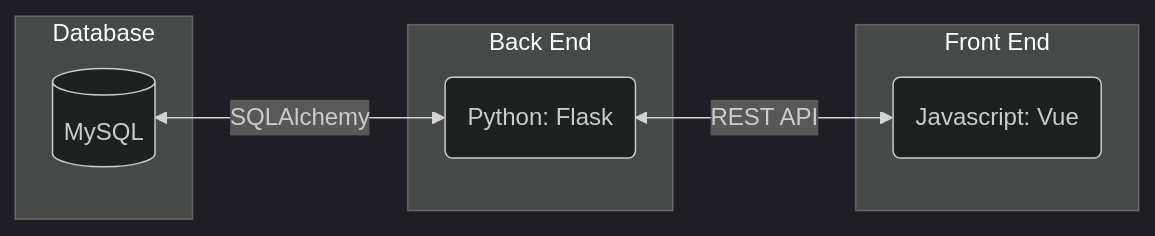
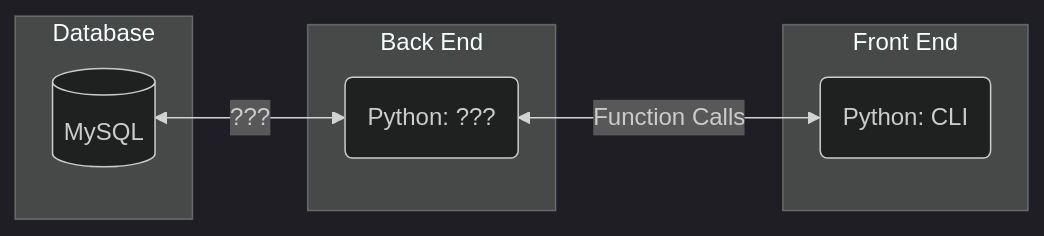
The first of 3 diagrams in README.md (MrPotato53/Vending-Machine), drawn with Mermaid (dark theme) before and after one commit. The commit also changed other lines of this file, not shown here.

````diff
--- a/README.md
+++ b/README.md
@@ -53,17 +25,17 @@
 ```mermaid
 flowchart RL
 subgraph Front End
-	A(Javascript: Vue)
+    A(Python: CLI)
 end
 	
 subgraph Back End
-	B(Python: Flask)
+    B(Python: ???)
 end
 	
 subgraph Database
-	C[(MySQL)]
+    C[(MySQL)]
 end
 
-A <-->|"REST API"| B
-B <-->|SQLAlchemy| C
+A <-->|Function Calls| B
+B <-->|???| C
 ```
````
